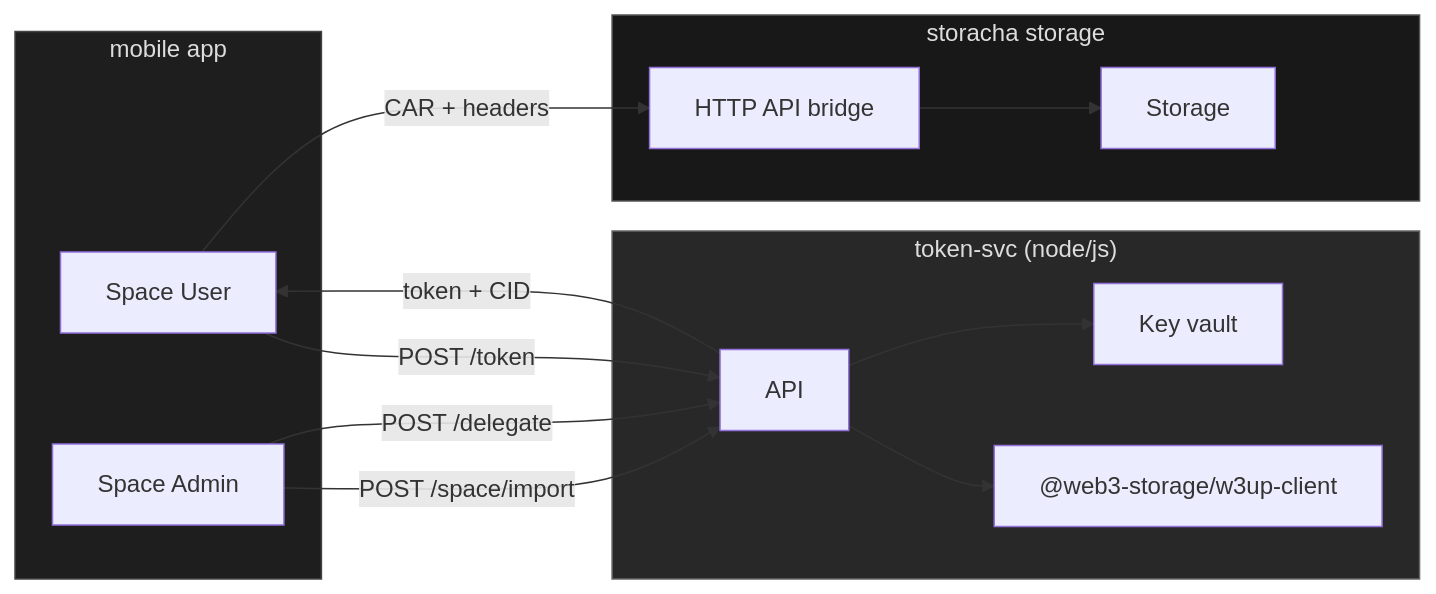
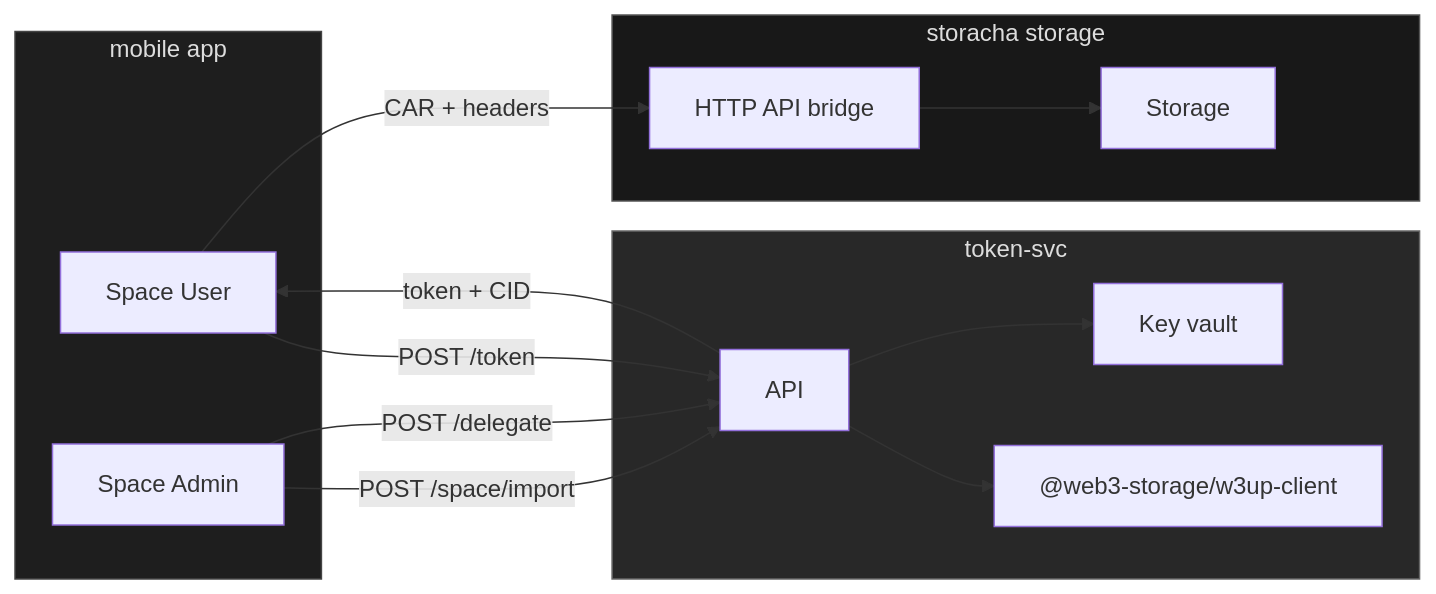
The first of 2 diagrams in README.md (hyphacoop/save-storacha), drawn with Mermaid before and after one commit. The commit also changed other lines of this file, not shown here.

````diff
--- a/README.md
+++ b/README.md
@@ -5,34 +5,34 @@
 ```mermaid
 flowchart LR
     %% mobile clients
     subgraph Mobile["mobile app"]
         style Mobile fill:#1e1e1e,stroke:#444,color:#ddd
         UA["Space User"]
         AA["Space Admin"]
     end
 
     %% token service
-    subgraph TokenSvc["token-svc (node/js)"]
+    subgraph TokenSvc["token-svc"]
         style TokenSvc fill:#282828,stroke:#666,color:#ddd
         API["API"]
         KV["Key vault"]
         SDK["@web3-storage/w3up-client"]
         API --> KV
         API --> SDK
     end
 
     %% storacha storage
     subgraph Storacha["storacha storage"]
         style Storacha fill:#181818,stroke:#555,color:#ddd
         BR["HTTP API bridge"]
         DB["Storage"]
         BR --> DB
     end
 
     %% flows
     AA -- "POST /space/import" --> API
     AA -- "POST /delegate"     --> API
     UA -- "POST /token"        --> API
     API -- "token + CID"       --> UA
     UA -- "CAR + headers"      --> BR
 ```
````
